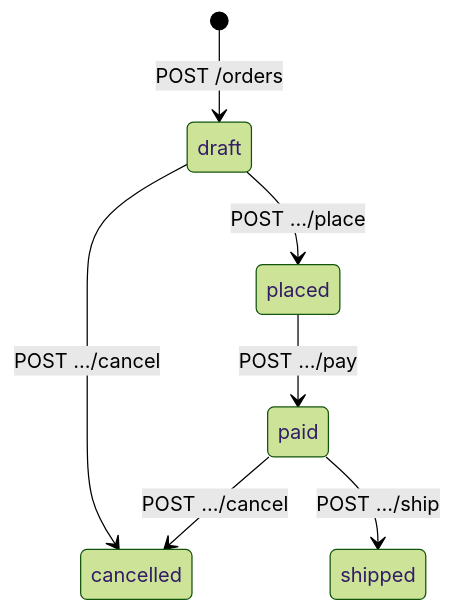
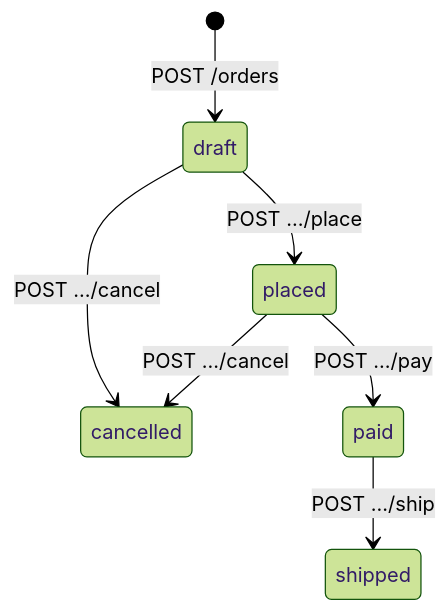
The first of 2 diagrams in docs/content/docs/research/02_convention_engine.md (HardMax71/spec_to_rest), drawn with Mermaid (forest theme) before and after one commit. The commit also changed 2 other files, not shown here.

Commit message:
Address PR review feedback on Mermaid diagrams
- Fix C# as unquoted Mermaid node ID (use CSharp["C#"])
- Fix Core used as both node and subgraph in verification diagram
- Fix S1-S5 used as both node refs and subgraph IDs in pipeline
- Add missing placed → cancelled transition in order state machine

````diff
--- a/docs/content/docs/research/02_convention_engine.md
+++ b/docs/content/docs/research/02_convention_engine.md
@@ -1363,9 +1363,9 @@
 ```mermaid
 stateDiagram-v2
   [*] --> draft : POST /orders
   draft --> placed : POST .../place
   draft --> cancelled : POST .../cancel
+  placed --> cancelled : POST .../cancel
   placed --> paid : POST .../pay
-  paid --> cancelled : POST .../cancel
   paid --> shipped : POST .../ship
 ```
````
